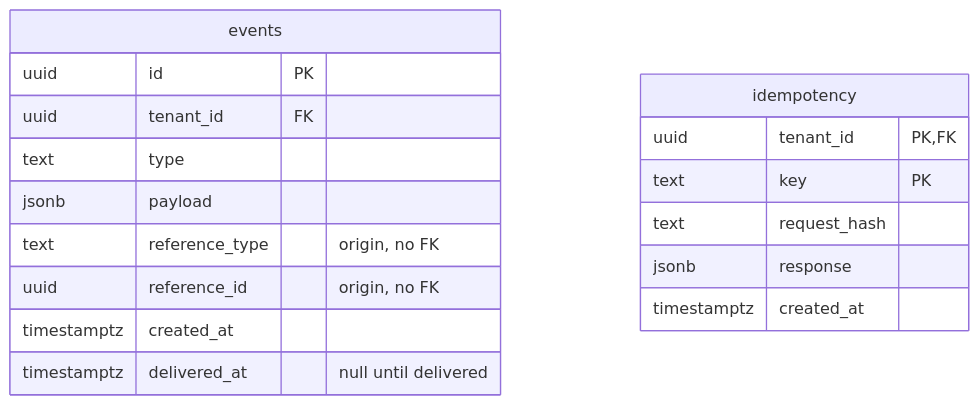
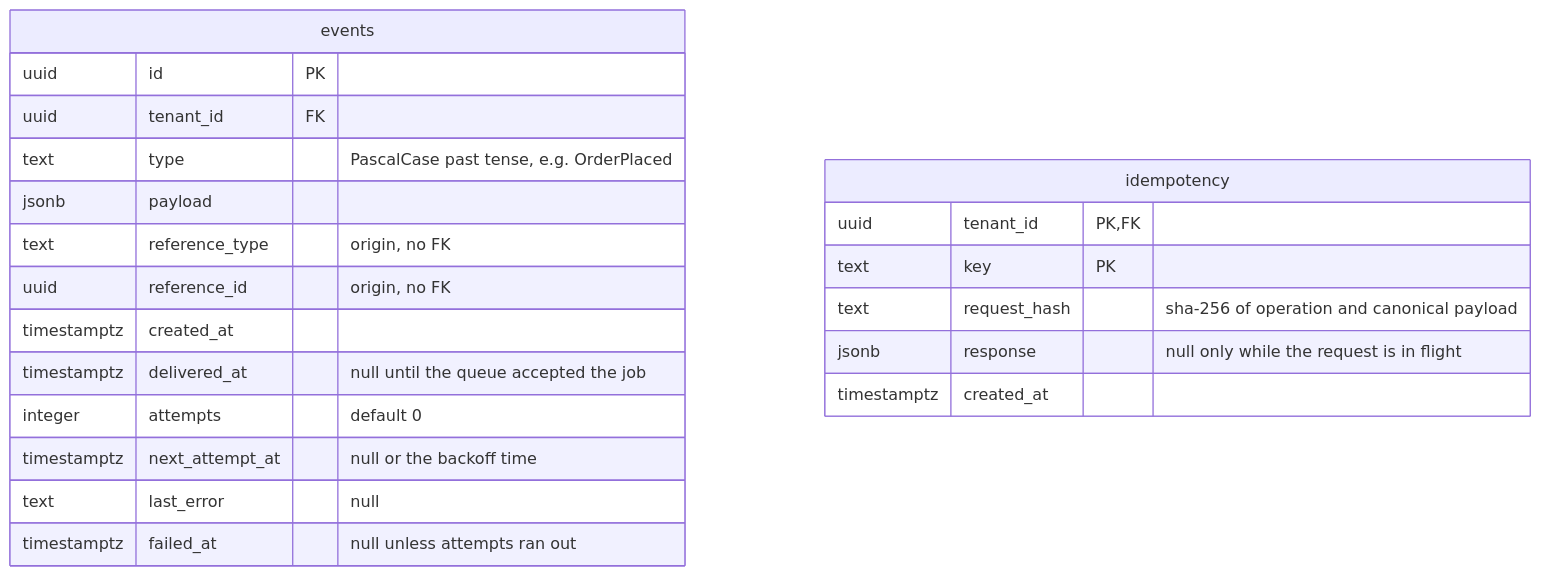
One commit to ronz204/poc-data-access changed the sixth of 7 diagrams in drizzle/DIAGRAM.md. Above: the diagram before and after it, drawn with Mermaid. The commit also changed other lines of this file, not shown here.

Commit message:
docs(db): sync data model diagram with specs

````diff
--- a/drizzle/DIAGRAM.md
+++ b/drizzle/DIAGRAM.md
@@ -246,20 +262,24 @@
 ```mermaid
 erDiagram
     events {
         uuid id PK
         uuid tenant_id FK
-        text type
+        text type "PascalCase past tense, e.g. OrderPlaced"
         jsonb payload
         text reference_type "origin, no FK"
         uuid reference_id "origin, no FK"
         timestamptz created_at
-        timestamptz delivered_at "null until delivered"
+        timestamptz delivered_at "null until the queue accepted the job"
+        integer attempts "default 0"
+        timestamptz next_attempt_at "null or the backoff time"
+        text last_error "null"
+        timestamptz failed_at "null unless attempts ran out"
     }
     idempotency {
         uuid tenant_id PK, FK
         text key PK
-        text request_hash
-        jsonb response
+        text request_hash "sha-256 of operation and canonical payload"
+        jsonb response "null only while the request is in flight"
         timestamptz created_at
     }
 ```
````
